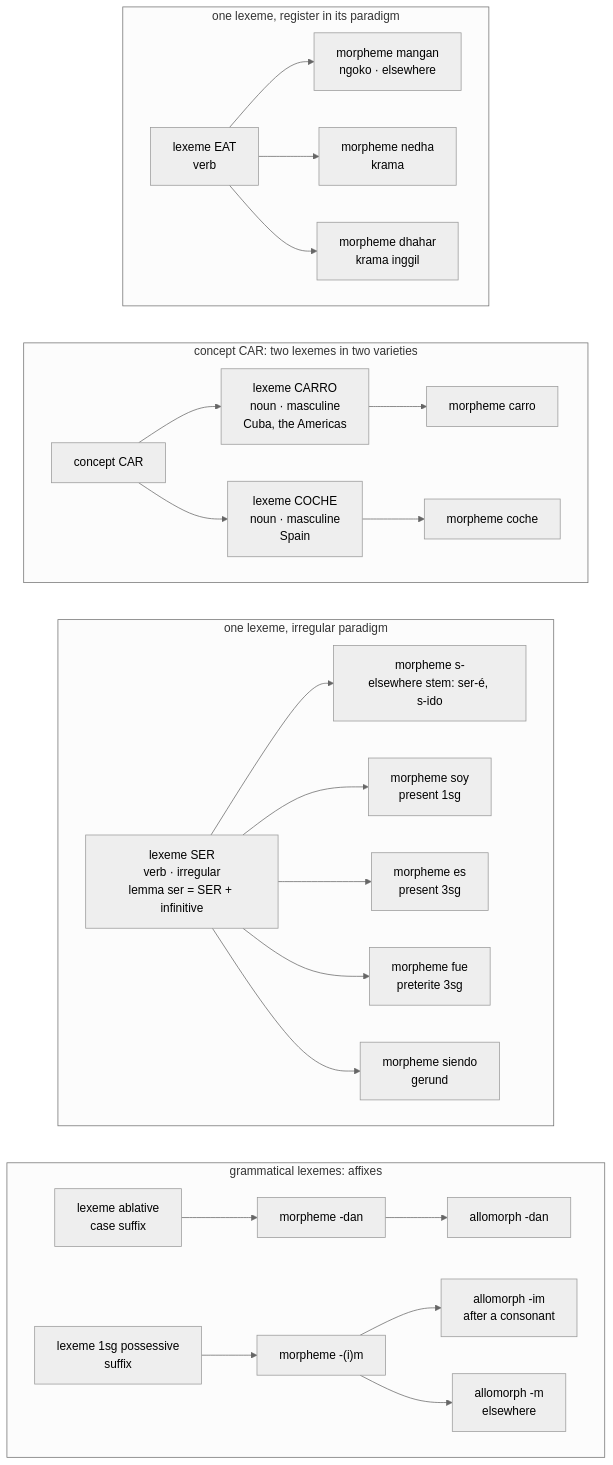
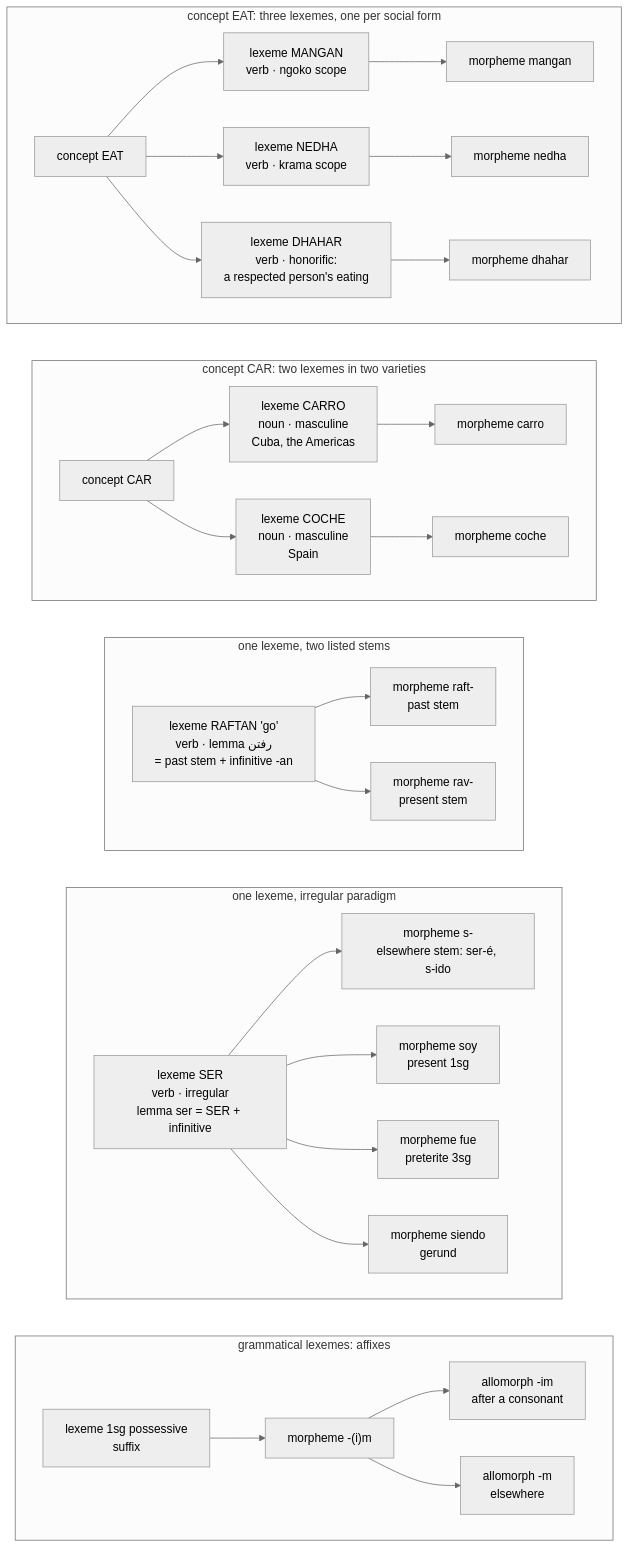
One commit to iwsfutcmd/nabu changed the second of 6 diagrams in docs/lexeme-model.md. Above: the diagram before and after it, drawn with Mermaid (neutral theme). The commit also changed other lines of this file and 1 other file, not shown here.

Commit message:
docs: Javanese register at the concept level; concepts link social forms; diagram 2 redrawn
Claude-Session: https://claude.ai/code/session_01MGnmqZvvH9ygtf5DY6rbw8

````diff
--- a/docs/lexeme-model.md
+++ b/docs/lexeme-model.md
@@ -93,32 +93,36 @@
 ```mermaid
 flowchart TB
-  subgraph EATG["one lexeme, register in its paradigm"]
+  subgraph EATG["concept EAT: three lexemes, one per social form"]
     direction LR
-    L1["lexeme EAT<br/>verb"] --> M1["morpheme mangan<br/>ngoko · elsewhere"]
-    L1 --> M2["morpheme nedha<br/>krama"]
-    L1 --> M3["morpheme dhahar<br/>krama inggil"]
+    C0["concept EAT"] --> L1["lexeme MANGAN<br/>verb · ngoko scope"] --> M1["morpheme mangan"]
+    C0 --> L2["lexeme NEDHA<br/>verb · krama scope"] --> M2["morpheme nedha"]
+    C0 --> L3["lexeme DHAHAR<br/>verb · honorific:<br/>a respected person's eating"] --> M3["morpheme dhahar"]
   end
   subgraph CARG["concept CAR: two lexemes in two varieties"]
     direction LR
     C1["concept CAR"] --> L7["lexeme CARRO<br/>noun · masculine<br/>Cuba, the Americas"] --> M7["morpheme carro"]
     C1 --> L8["lexeme COCHE<br/>noun · masculine<br/>Spain"] --> M8["morpheme coche"]
   end
+  subgraph GOG["one lexeme, two listed stems"]
+    direction LR
+    L9["lexeme RAFTAN 'go'<br/>verb · lemma رفتن<br/>= past stem + infinitive ‑an"] --> M9a["morpheme raft‑<br/>past stem"]
+    L9 --> M9b["morpheme rav‑<br/>present stem"]
+  end
   subgraph SERG["one lexeme, irregular paradigm"]
     direction LR
     L4["lexeme SER<br/>verb · irregular<br/>lemma ser = SER + infinitive"] --> M4a["morpheme s‑<br/>elsewhere stem: ser‑é, s‑ido"]
     L4 --> M4b["morpheme soy<br/>present 1sg"]
-    L4 --> M4c["morpheme es<br/>present 3sg"]
     L4 --> M4d["morpheme fue<br/>preterite 3sg"]
     L4 --> M4e["morpheme siendo<br/>gerund"]
   end
   subgraph AFFG["grammatical lexemes: affixes"]
     direction LR
-    L5["lexeme ablative<br/>case suffix"] --> M5["morpheme ‑dan"] --> A5["allomorph ‑dan"]
     L6["lexeme 1sg possessive<br/>suffix"] --> M6["morpheme ‑(i)m"]
     M6 --> A6a["allomorph ‑im<br/>after a consonant"]
     M6 --> A6b["allomorph ‑m<br/>elsewhere"]
   end
   EATG ~~~ CARG
-  CARG ~~~ SERG
+  CARG ~~~ GOG
+  GOG ~~~ SERG
   SERG ~~~ AFFG
 ```
````
